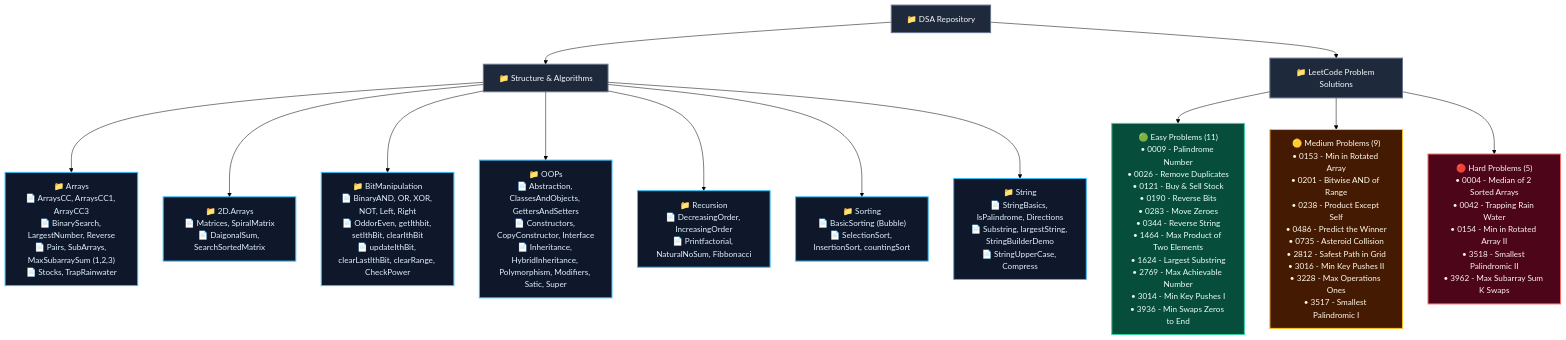
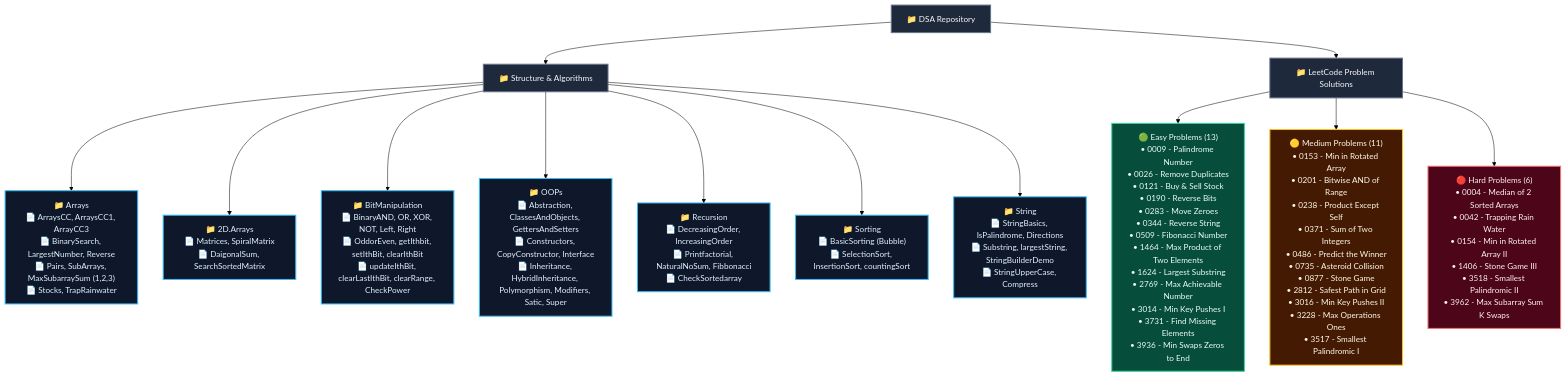
One commit to raghuvanshi-sec/DSA changed the diagram in README.md. Above: the diagram before and after it, drawn with Mermaid (forest theme). The commit also changed other lines of this file and 5 other files, not shown here.

Commit message:
feat: add recursive array sorted check and solve 5 new LeetCode problems

````diff
--- a/README.md
+++ b/README.md
@@ -180,35 +181,35 @@
 ```mermaid
 flowchart TD
     DSA["📁 DSA Repository"]
     
     %% Categories
     DSA --> Core["📁 Structure & Algorithms"]
     DSA --> LC["📁 LeetCode Problem Solutions"]
     
     %% DSA Breakdown
     Core --> Arrays["📁 Arrays<br/>📄 ArraysCC, ArraysCC1, ArrayCC3<br/>📄 BinarySearch, LargestNumber, Reverse<br/>📄 Pairs, SubArrays, MaxSubarraySum (1,2,3)<br/>📄 Stocks, TrapRainwater"]
     Core --> 2DArrays["📁 2D.Arrays<br/>📄 Matrices, SpiralMatrix<br/>📄 DaigonalSum, SearchSortedMatrix"]
     Core --> Bitwise["📁 BitManipulation<br/>📄 BinaryAND, OR, XOR, NOT, Left, Right<br/>📄 OddorEven, getIthbit, setIthBit, clearIthBit<br/>📄 updateIthBit, clearLastIthBit, clearRange, CheckPower"]
     Core --> OOPs["📁 OOPs<br/>📄 Abstraction, ClassesAndObjects, GettersAndSetters<br/>📄 Constructors, CopyConstructor, Interface<br/>📄 Inheritance, HybridInheritance, Polymorphism, Modifiers, Satic, Super"]
-    Core --> Recursion["📁 Recursion<br/>📄 DecreasingOrder, IncreasingOrder<br/>📄 Printfactorial, NaturalNoSum, Fibbonacci"]
+    Core --> Recursion["📁 Recursion<br/>📄 DecreasingOrder, IncreasingOrder<br/>📄 Printfactorial, NaturalNoSum, Fibbonacci<br/>📄 CheckSortedarray"]
     Core --> Sorting["📁 Sorting<br/>📄 BasicSorting (Bubble)<br/>📄 SelectionSort, InsertionSort, countingSort"]
     Core --> String["📁 String<br/>📄 StringBasics, IsPalindrome, Directions<br/>📄 Substring, largestString, StringBuilderDemo<br/>📄 StringUpperCase, Compress"]
     
     %% LeetCode Breakdown
-    LC --> Easy["🟢 Easy Problems (11)<br/>• 0009 - Palindrome Number<br/>• 0026 - Remove Duplicates<br/>• 0121 - Buy & Sell Stock<br/>• 0190 - Reverse Bits<br/>• 0283 - Move Zeroes<br/>• 0344 - Reverse String<br/>• 1464 - Max Product of Two Elements<br/>• 1624 - Largest Substring<br/>• 2769 - Max Achievable Number<br/>• 3014 - Min Key Pushes I<br/>• 3936 - Min Swaps Zeros to End"]
-    LC --> Medium["🟡 Medium Problems (9)<br/>• 0153 - Min in Rotated Array<br/>• 0201 - Bitwise AND of Range<br/>• 0238 - Product Except Self<br/>• 0486 - Predict the Winner<br/>• 0735 - Asteroid Collision<br/>• 2812 - Safest Path in Grid<br/>• 3016 - Min Key Pushes II<br/>• 3228 - Max Operations Ones<br/>• 3517 - Smallest Palindromic I"]
-    LC --> Hard["🔴 Hard Problems (5)<br/>• 0004 - Median of 2 Sorted Arrays<br/>• 0042 - Trapping Rain Water<br/>• 0154 - Min in Rotated Array II<br/>• 3518 - Smallest Palindromic II<br/>• 3962 - Max Subarray Sum K Swaps"]
+    LC --> Easy["🟢 Easy Problems (13)<br/>• 0009 - Palindrome Number<br/>• 0026 - Remove Duplicates<br/>• 0121 - Buy & Sell Stock<br/>• 0190 - Reverse Bits<br/>• 0283 - Move Zeroes<br/>• 0344 - Reverse String<br/>• 0509 - Fibonacci Number<br/>• 1464 - Max Product of Two Elements<br/>• 1624 - Largest Substring<br/>• 2769 - Max Achievable Number<br/>• 3014 - Min Key Pushes I<br/>• 3731 - Find Missing Elements<br/>• 3936 - Min Swaps Zeros to End"]
+    LC --> Medium["🟡 Medium Problems (11)<br/>• 0153 - Min in Rotated Array<br/>• 0201 - Bitwise AND of Range<br/>• 0238 - Product Except Self<br/>• 0371 - Sum of Two Integers<br/>• 0486 - Predict the Winner<br/>• 0735 - Asteroid Collision<br/>• 0877 - Stone Game<br/>• 2812 - Safest Path in Grid<br/>• 3016 - Min Key Pushes II<br/>• 3228 - Max Operations Ones<br/>• 3517 - Smallest Palindromic I"]
+    LC --> Hard["🔴 Hard Problems (6)<br/>• 0004 - Median of 2 Sorted Arrays<br/>• 0042 - Trapping Rain Water<br/>• 0154 - Min in Rotated Array II<br/>• 1406 - Stone Game III<br/>• 3518 - Smallest Palindromic II<br/>• 3962 - Max Subarray Sum K Swaps"]
 
     %% Styling
     classDef main fill:#1e293b,stroke:#64748b,stroke-width:2px,color:#f8fafc;
     classDef folder fill:#0f172a,stroke:#38bdf8,stroke-width:2px,color:#e0f2fe;
     classDef easy fill:#064e3b,stroke:#34d399,stroke-width:2px,color:#ecfdf5;
     classDef medium fill:#451a03,stroke:#fbbf24,stroke-width:2px,color:#fffbeb;
     classDef hard fill:#4c0519,stroke:#f87171,stroke-width:2px,color:#fef2f2;
     
     class DSA,Core,LC main;
     class Arrays,2DArrays,Bitwise,OOPs,Recursion,Sorting,String folder;
     class Easy easy;
     class Medium medium;
     class Hard hard;
 ```
````
